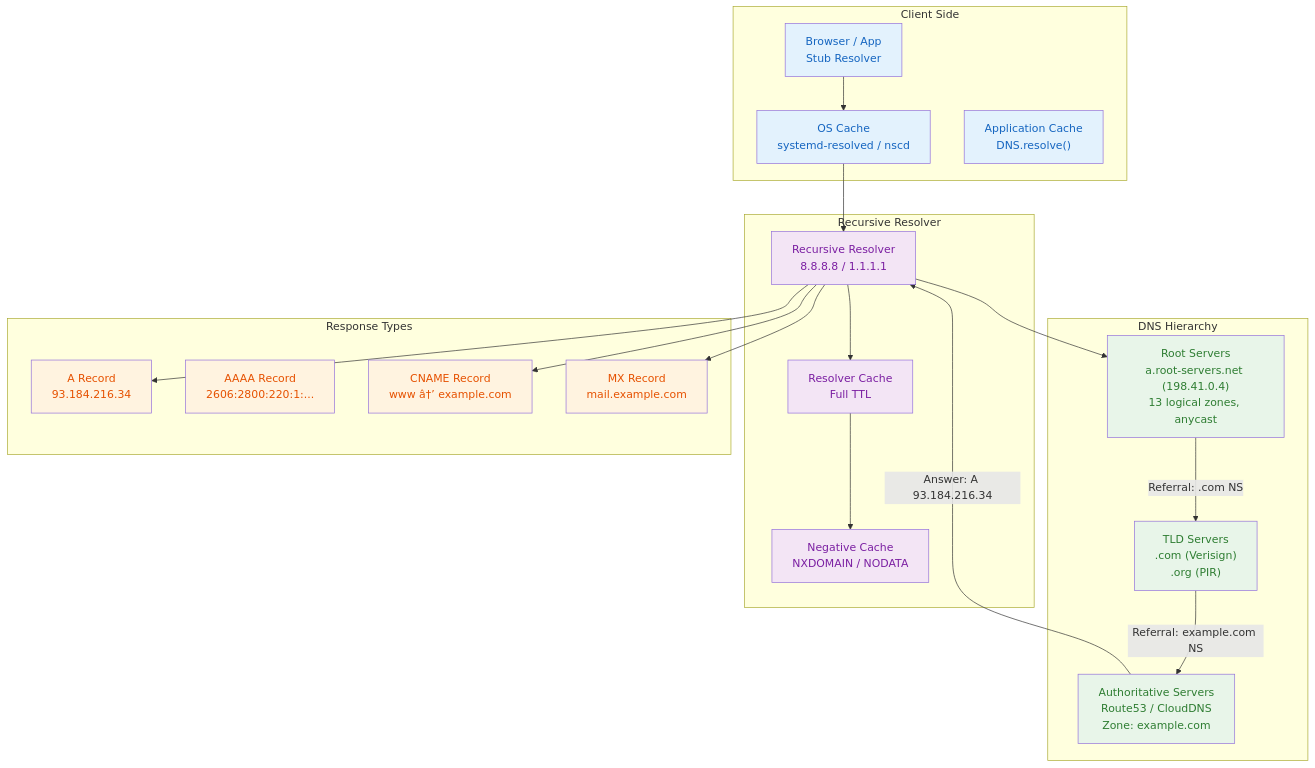
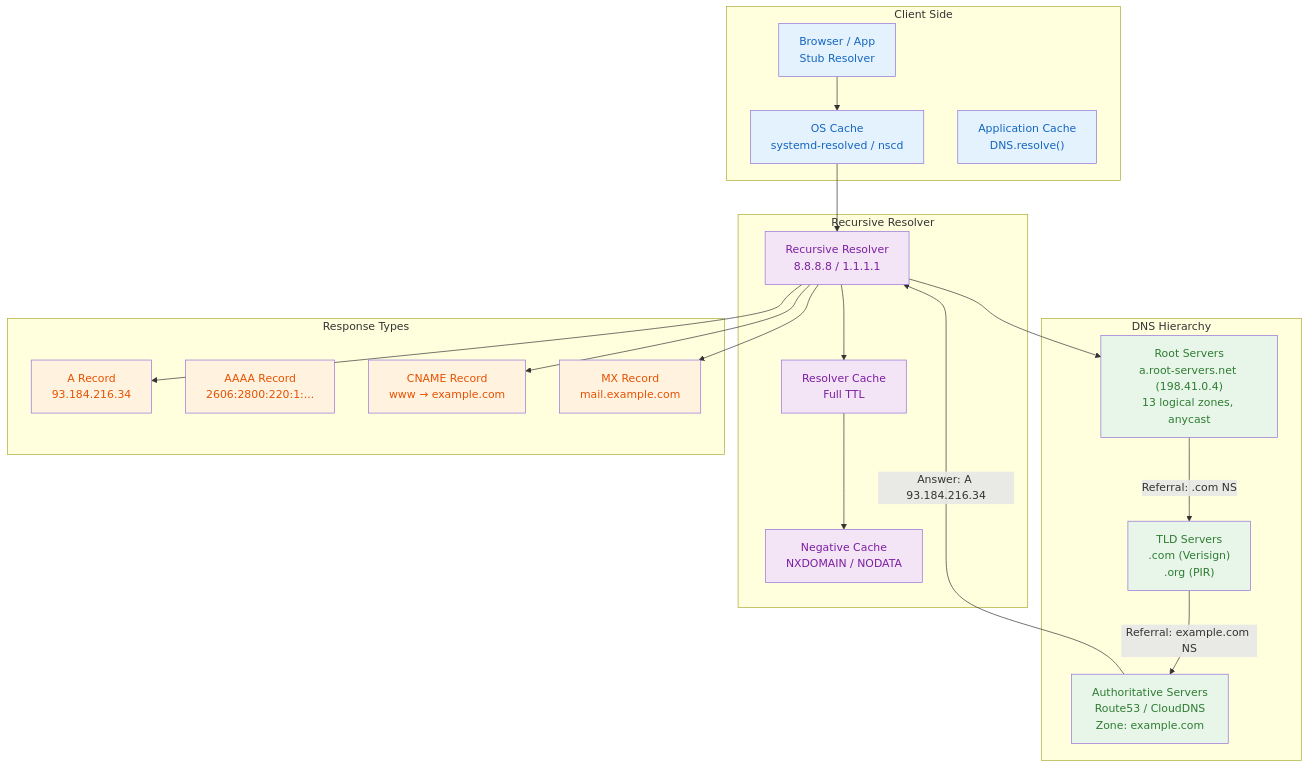
The sixth of 6 diagrams in docs/courses/system-design/15-cdn-dns-edge.md (Raushan666java/ai-engineering-journey), drawn with Mermaid before and after one commit. The commit also changed other lines of this file and 965 other files, not shown here.

````diff
--- a/docs/courses/system-design/15-cdn-dns-edge.md
+++ b/docs/courses/system-design/15-cdn-dns-edge.md
@@ -1158,45 +1158,45 @@
 ```mermaid
 flowchart TB
     subgraph CLIENT["Client Side"]
         BROWSER["Browser / App<br/>Stub Resolver"]
         OS_CACHE["OS Cache<br/>systemd-resolved / nscd"]
         APP_CACHE["Application Cache<br/>DNS.resolve()"]
     end
 
     subgraph RECURSIVE["Recursive Resolver"]
         RESOLVER["Recursive Resolver<br/>8.8.8.8 / 1.1.1.1"]
         RES_CACHE["Resolver Cache<br/>Full TTL"]
         NEG_CACHE["Negative Cache<br/>NXDOMAIN / NODATA"]
     end
 
     subgraph HIERARCHY["DNS Hierarchy"]
         ROOT["Root Servers<br/>a.root-servers.net (198.41.0.4)<br/>13 logical zones, anycast"]
         TLD["TLD Servers<br/>.com (Verisign)<br/>.org (PIR)"]
         AUTH["Authoritative Servers<br/>Route53 / CloudDNS<br/>Zone: example.com"]
     end
 
     subgraph RESPONSE["Response Types"]
         A_REC["A Record<br/>93.184.216.34"]
         AAAA_REC["AAAA Record<br/>2606:2800:220:1:..."]
-        CNAME_REC["CNAME Record<br/>www â†’ example.com"]
+        CNAME_REC["CNAME Record<br/>www → example.com"]
         MX_REC["MX Record<br/>mail.example.com"]
     end
 
     BROWSER --> OS_CACHE --> RESOLVER
     RESOLVER --> RES_CACHE
     RES_CACHE --> NEG_CACHE
     RESOLVER --> ROOT
     ROOT -->|"Referral: .com NS"| TLD
     TLD -->|"Referral: example.com NS"| AUTH
     AUTH -->|"Answer: A 93.184.216.34"| RESOLVER
     RESOLVER --> A_REC & CNAME_REC & MX_REC
 
     classDef client fill:#E3F2FD,color:#1565C0
     classDef rec fill:#F3E5F5,color:#7B1FA2
     classDef hier fill:#E8F5E9,color:#2E7D32
     classDef resp fill:#FFF3E0,color:#E65100
     class BROWSER,OS_CACHE,APP_CACHE client
     class RESOLVER,RES_CACHE,NEG_CACHE rec
     class ROOT,TLD,AUTH hier
     class A_REC,AAAA_REC,CNAME_REC,MX_REC resp
 ```
````
